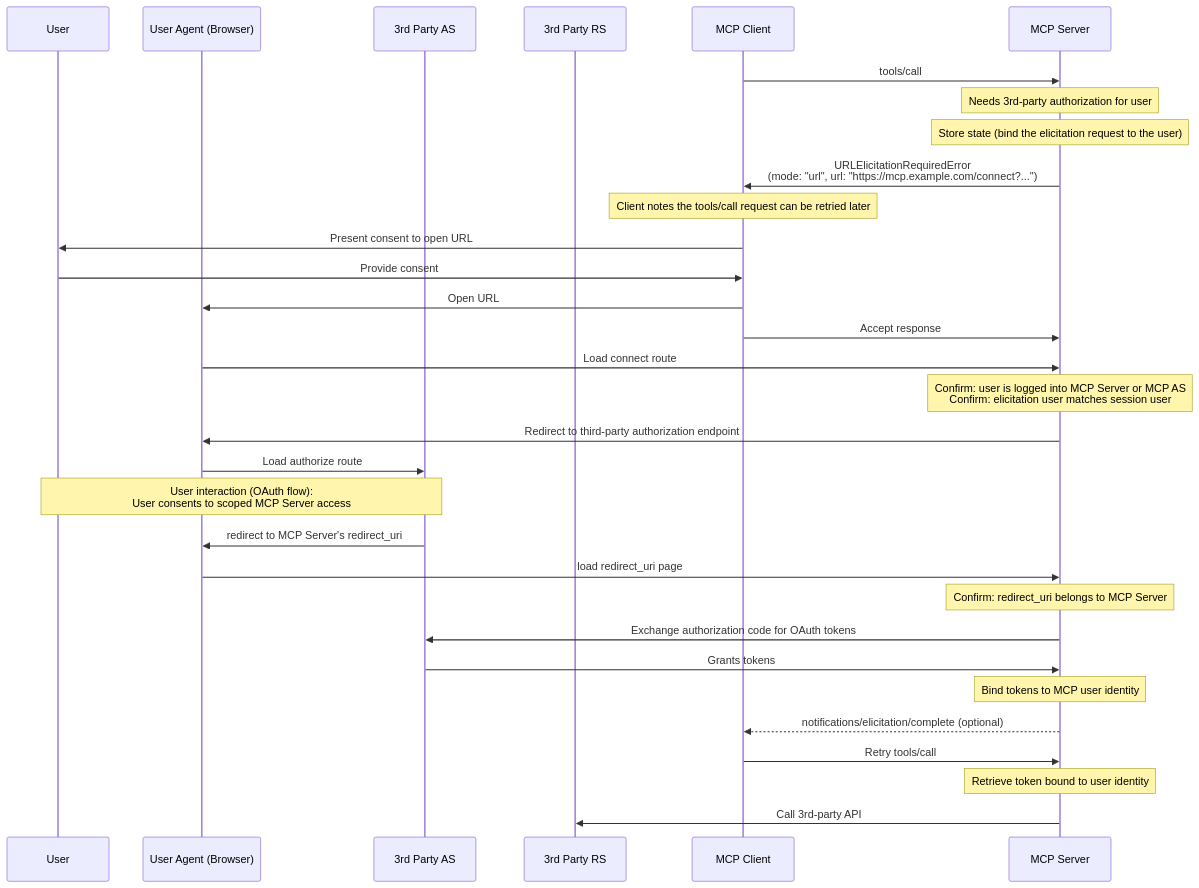
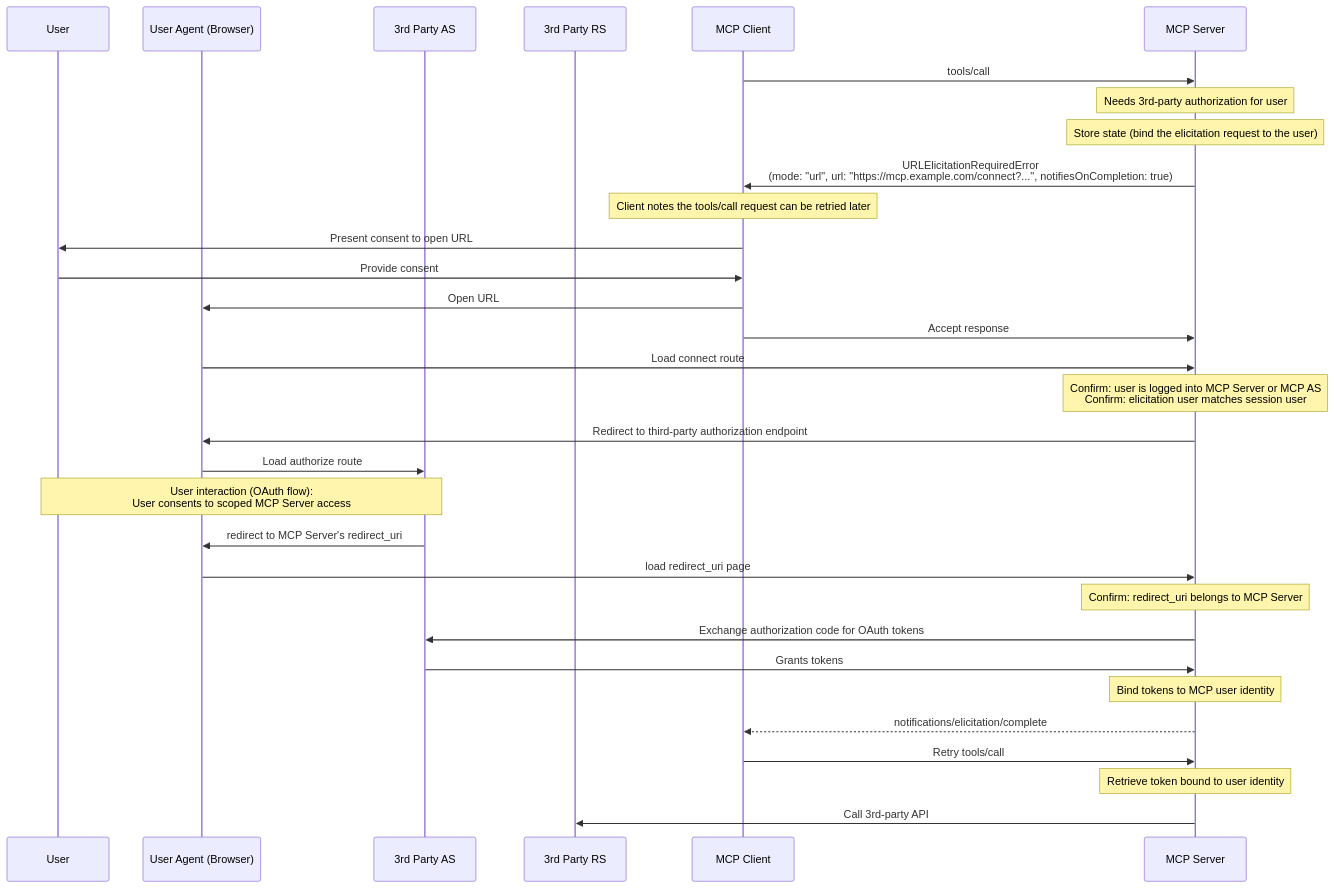
Before and after one commit to scottslewis/modelcontextprotocol: the fourth of 4 diagrams in docs/specification/draft/client/elicitation.mdx, drawn with Mermaid. The commit also changed other lines of this file and 3 other files, not shown here.

Commit message:
fix: Clear expectation for completion notification in URL elicitation

````diff
--- a/docs/specification/draft/client/elicitation.mdx
+++ b/docs/specification/draft/client/elicitation.mdx
@@ -642,34 +664,34 @@
 ```mermaid
 sequenceDiagram
     participant User
     participant UserAgent as User Agent (Browser)
     participant 3AS as 3rd Party AS
     participant 3RS as 3rd Party RS
     participant Client as MCP Client
     participant Server as MCP Server
 
     Client->>Server: tools/call
     Note over Server: Needs 3rd-party authorization for user
     Note over Server: Store state (bind the elicitation request to the user)
-    Server->>Client: URLElicitationRequiredError<br> (mode: "url", url: "https://mcp.example.com/connect?...")
+    Server->>Client: URLElicitationRequiredError<br> (mode: "url", url: "https://mcp.example.com/connect?...", notifiesOnCompletion: true)
     Note over Client: Client notes the tools/call request can be retried later
     Client->>User: Present consent to open URL
     User->>Client: Provide consent
     Client->>UserAgent: Open URL
     Client->>Server: Accept response
     UserAgent->>Server: Load connect route
     Note over Server: Confirm: user is logged into MCP Server or MCP AS<br>Confirm: elicitation user matches session user
     Server->>UserAgent: Redirect to third-party authorization endpoint
     UserAgent->>3AS: Load authorize route
     Note over 3AS,User: User interaction (OAuth flow):<br>User consents to scoped MCP Server access
     3AS->>UserAgent: redirect to MCP Server's redirect_uri
     UserAgent->>Server: load redirect_uri page
     Note over Server: Confirm: redirect_uri belongs to MCP Server
     Server->>3AS: Exchange authorization code for  OAuth tokens
     3AS->>Server: Grants tokens
     Note over Server: Bind tokens to MCP user identity
-    Server-->>Client: notifications/elicitation/complete (optional)
+    Server-->>Client: notifications/elicitation/complete
     Client->>Server: Retry tools/call
     Note over Server: Retrieve token bound to user identity
     Server->>3RS: Call 3rd-party API
 ```
````
